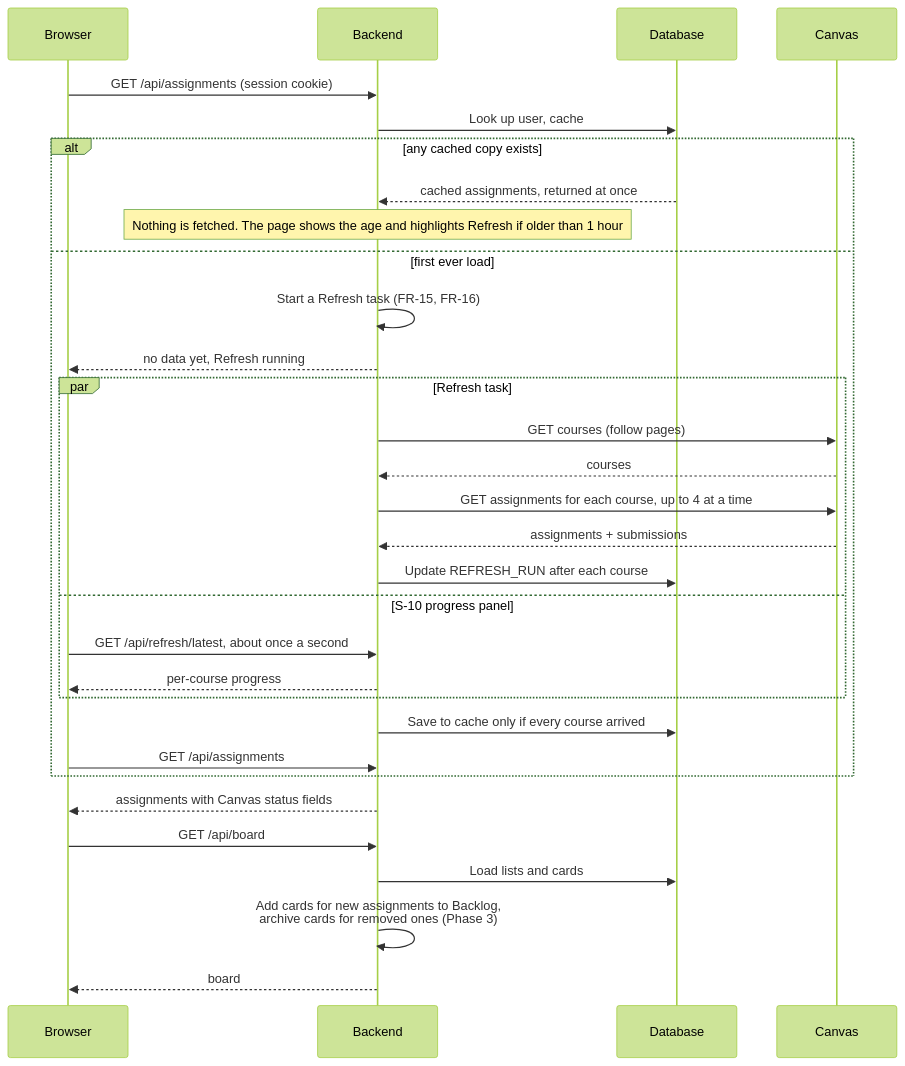
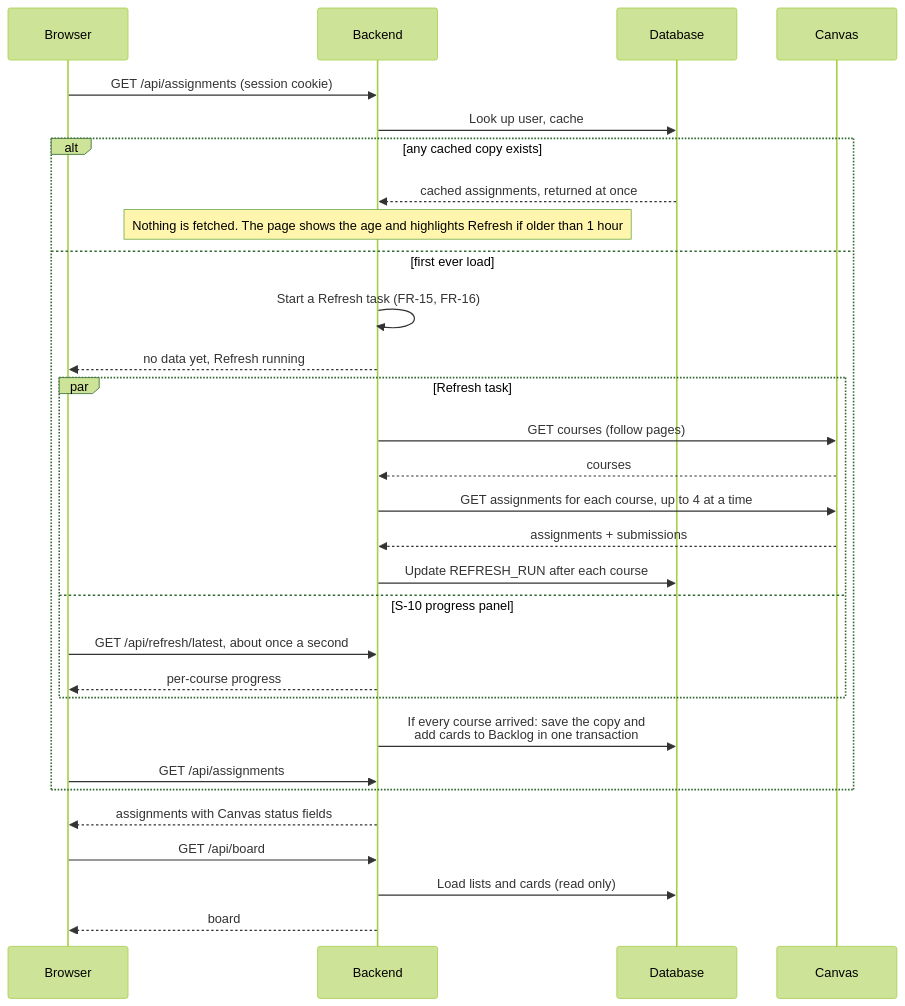
Before and after one commit to bbranton/TestProj: the fifth of 6 diagrams in docs/canvas-portal/03-design.md, drawn with Mermaid (forest theme). The commit also changed other lines of this file, not shown here.

````diff
--- a/docs/canvas-portal/03-design.md
+++ b/docs/canvas-portal/03-design.md
@@ -477,34 +541,33 @@
 ```mermaid
 sequenceDiagram
     participant B as Browser
     participant A as Backend
     participant D as Database
     participant C as Canvas
 
     B->>A: GET /api/assignments (session cookie)
     A->>D: Look up user, cache
     alt any cached copy exists
         D-->>A: cached assignments, returned at once
         Note over A: Nothing is fetched. The page shows the age and highlights Refresh if older than 1 hour
     else first ever load
         A->>A: Start a Refresh task (FR-15, FR-16)
         A-->>B: no data yet, Refresh running
         par Refresh task
             A->>C: GET courses (follow pages)
             C-->>A: courses
             A->>C: GET assignments for each course, up to 4 at a time
             C-->>A: assignments + submissions
             A->>D: Update REFRESH_RUN after each course
         and S-10 progress panel
             B->>A: GET /api/refresh/latest, about once a second
             A-->>B: per-course progress
         end
-        A->>D: Save to cache only if every course arrived
+        A->>D: If every course arrived: save the copy and<br/>add cards to Backlog in one transaction
         B->>A: GET /api/assignments
     end
     A-->>B: assignments with Canvas status fields
     B->>A: GET /api/board
-    A->>D: Load lists and cards
-    A->>A: Add cards for new assignments to Backlog,<br/>archive cards for removed ones (Phase 3)
+    A->>D: Load lists and cards (read only)
     A-->>B: board
 ```
````
